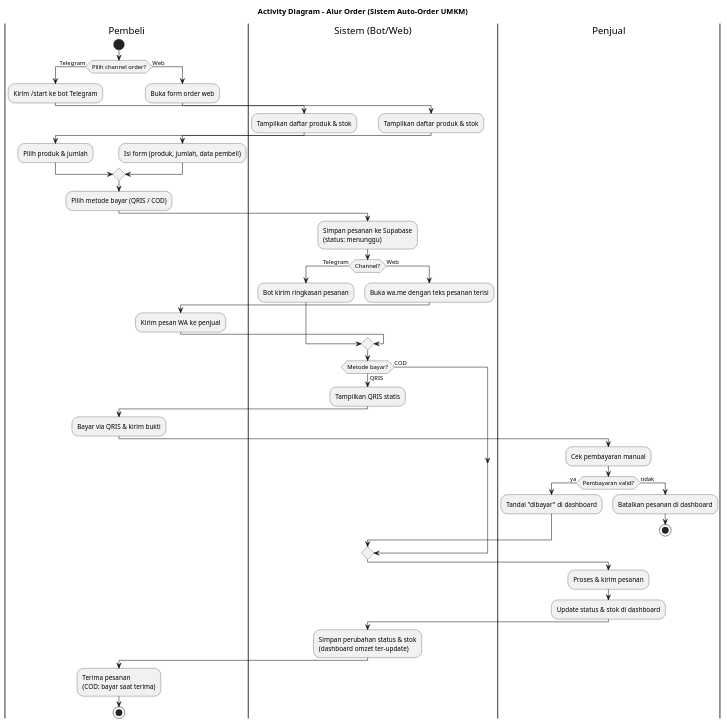
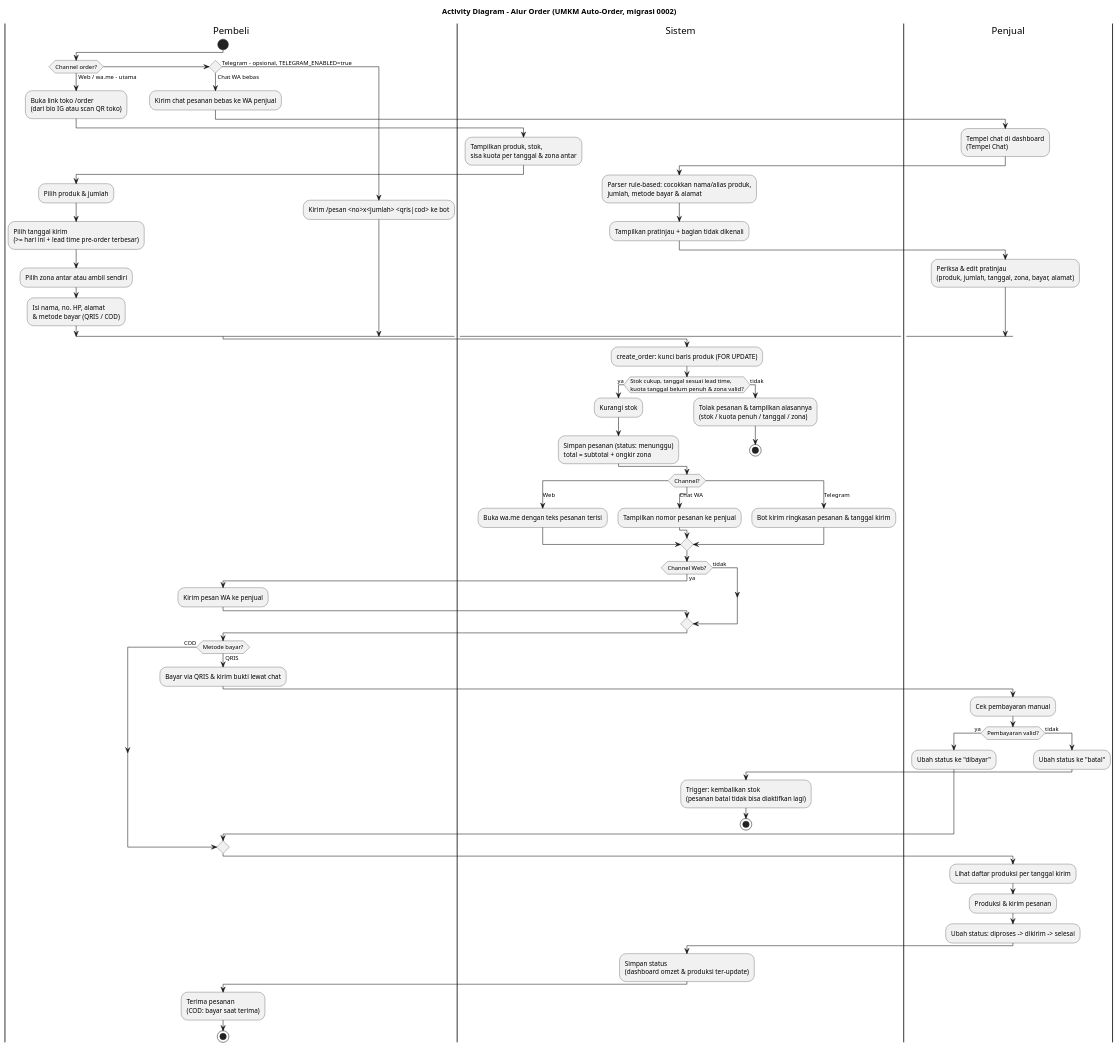
One commit to faturrahmansyamil/umkm-auto-order changed the diagram in diagrams/activity-order.puml. Above: the diagram before and after it, drawn with PlantUML. The commit also changed 37 other files, not shown here.

Commit message:
feat: stok atomik, tempel chat jadi order, pre-order + kuota, zona antar, QR toko, demo seed; Telegram opsional

```diff
--- a/diagrams/activity-order.puml
+++ b/diagrams/activity-order.puml
@@ -1,51 +1,73 @@
 @startuml activity-order
-title Activity Diagram - Alur Order (Sistem Auto-Order UMKM)
+title Activity Diagram - Alur Order (UMKM Auto-Order, migrasi 0002)
 |Pembeli|
 start
-if (Pilih channel order?) then (Telegram)
-  :Kirim /start ke bot Telegram;
-  |Sistem (Bot/Web)|
-  :Tampilkan daftar produk & stok;
+if (Channel order?) then (Web / wa.me - utama)
+  :Buka link toko /order\n(dari bio IG atau scan QR toko);
+  |Sistem|
+  :Tampilkan produk, stok,\nsisa kuota per tanggal & zona antar;
   |Pembeli|
   :Pilih produk & jumlah;
-else (Web)
-  :Buka form order web;
-  |Sistem (Bot/Web)|
-  :Tampilkan daftar produk & stok;
+  :Pilih tanggal kirim\n(>= hari ini + lead time pre-order terbesar);
+  :Pilih zona antar atau ambil sendiri;
+  :Isi nama, no. HP, alamat\n& metode bayar (QRIS / COD);
+elseif () then (Chat WA bebas)
+  :Kirim chat pesanan bebas ke WA penjual;
+  |Penjual|
+  :Tempel chat di dashboard\n(Tempel Chat);
+  |Sistem|
+  :Parser rule-based: cocokkan nama/alias produk,\njumlah, metode bayar & alamat;
+  :Tampilkan pratinjau + bagian tidak dikenali;
+  |Penjual|
+  :Periksa & edit pratinjau\n(produk, jumlah, tanggal, zona, bayar, alamat);
+else (Telegram - opsional, TELEGRAM_ENABLED=true)
   |Pembeli|
-  :Isi form (produk, jumlah, data pembeli);
+  :Kirim /pesan <no>x<jumlah> <qris|cod> ke bot;
 endif
-:Pilih metode bayar (QRIS / COD);
-|Sistem (Bot/Web)|
-:Simpan pesanan ke Supabase\n(status: menunggu);
-if (Channel?) then (Telegram)
-  :Bot kirim ringkasan pesanan;
-else (Web)
+|Sistem|
+:create_order: kunci baris produk (FOR UPDATE);
+if (Stok cukup, tanggal sesuai lead time,\nkuota tanggal belum penuh & zona valid?) then (ya)
+  :Kurangi stok;
+  :Simpan pesanan (status: menunggu)\ntotal = subtotal + ongkir zona;
+else (tidak)
+  :Tolak pesanan & tampilkan alasannya\n(stok / kuota penuh / tanggal / zona);
+  stop
+endif
+switch (Channel?)
+case (Web)
   :Buka wa.me dengan teks pesanan terisi;
+case (Chat WA)
+  :Tampilkan nomor pesanan ke penjual;
+case (Telegram)
+  :Bot kirim ringkasan pesanan & tanggal kirim;
+endswitch
+if (Channel Web?) then (ya)
   |Pembeli|
   :Kirim pesan WA ke penjual;
+else (tidak)
 endif
-|Sistem (Bot/Web)|
+|Pembeli|
 if (Metode bayar?) then (QRIS)
-  :Tampilkan QRIS statis;
-  |Pembeli|
-  :Bayar via QRIS & kirim bukti;
+  :Bayar via QRIS & kirim bukti lewat chat;
   |Penjual|
   :Cek pembayaran manual;
   if (Pembayaran valid?) then (ya)
-    :Tandai "dibayar" di dashboard;
+    :Ubah status ke "dibayar";
   else (tidak)
-    :Batalkan pesanan di dashboard;
+    :Ubah status ke "batal";
+    |Sistem|
+    :Trigger: kembalikan stok\n(pesanan batal tidak bisa diaktifkan lagi);
     stop
   endif
 else (COD)
 endif
 |Penjual|
-:Proses & kirim pesanan;
-:Update status & stok di dashboard;
-|Sistem (Bot/Web)|
-:Simpan perubahan status & stok\n(dashboard omzet ter-update);
+:Lihat daftar produksi per tanggal kirim;
+:Produksi & kirim pesanan;
+:Ubah status: diproses -> dikirim -> selesai;
+|Sistem|
+:Simpan status\n(dashboard omzet & produksi ter-update);
 |Pembeli|
 :Terima pesanan\n(COD: bayar saat terima);
 stop
 @enduml
```
